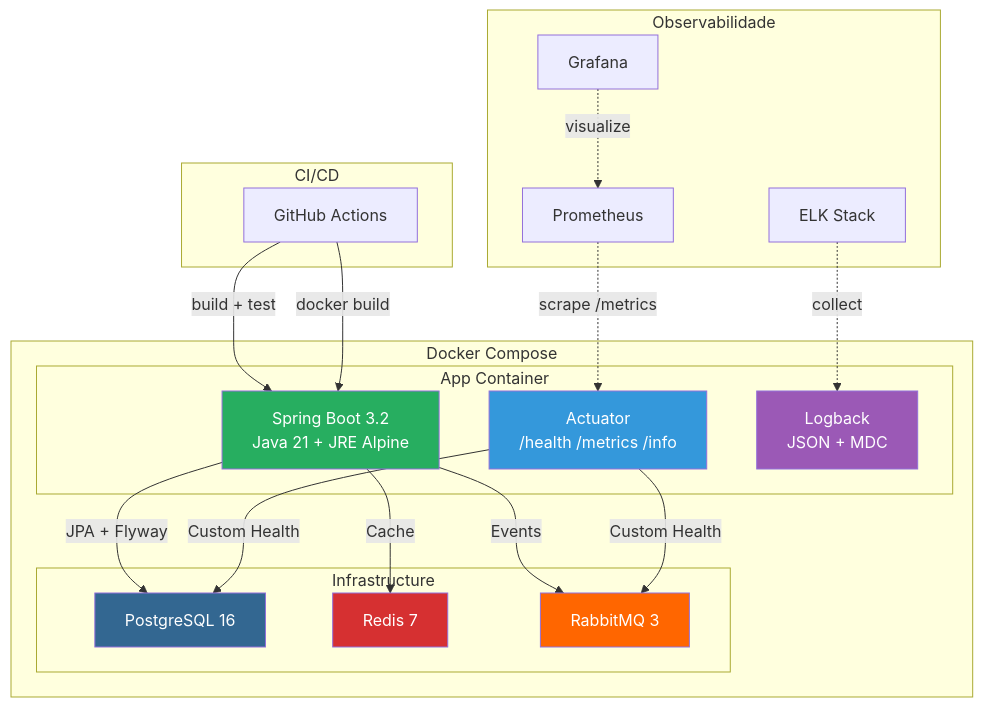
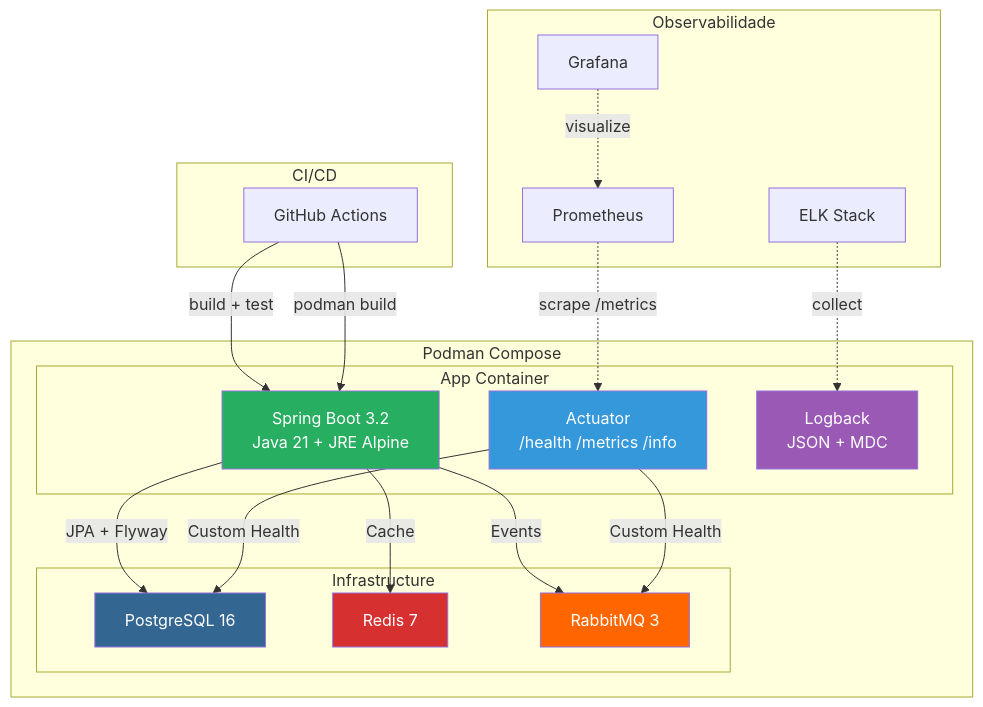
Before and after one commit to deusemarjunior/trein-java-intermed: the second of 3 diagrams in dia-07/slide-16.md, drawn with Mermaid. The commit also changed other lines of this file and 100 other files, not shown here.

Commit message:
removendo docker adicionando podman

````diff
--- a/dia-07/slide-16.md
+++ b/dia-07/slide-16.md
@@ -47,41 +47,41 @@
 ```mermaid
 graph TB
-    subgraph "Docker Compose"
+    subgraph "Podman Compose"
         subgraph "App Container"
             APP["Spring Boot 3.2<br/>Java 21 + JRE Alpine"]
             ACT["Actuator<br/>/health /metrics /info"]
             LOG["Logback<br/>JSON + MDC"]
         end
 
         subgraph "Infrastructure"
             PG["PostgreSQL 16"]
             RD["Redis 7"]
             RMQ["RabbitMQ 3"]
         end
 
         APP -->|JPA + Flyway| PG
         APP -->|Cache| RD
         APP -->|Events| RMQ
         ACT -->|Custom Health| PG
         ACT -->|Custom Health| RMQ
     end
 
     subgraph "Observabilidade"
         PROM["Prometheus"] -.->|scrape /metrics| ACT
         GRAF["Grafana"] -.->|visualize| PROM
         ELK["ELK Stack"] -.->|collect| LOG
     end
 
     subgraph "CI/CD"
         GH["GitHub Actions"]
         GH -->|build + test| APP
-        GH -->|docker build| APP
+        GH -->|podman build| APP
     end
 
     style APP fill:#27ae60,color:#fff
     style ACT fill:#3498db,color:#fff
     style LOG fill:#9b59b6,color:#fff
     style PG fill:#336791,color:#fff
     style RD fill:#d63031,color:#fff
     style RMQ fill:#ff6600,color:#fff
 ```
````
